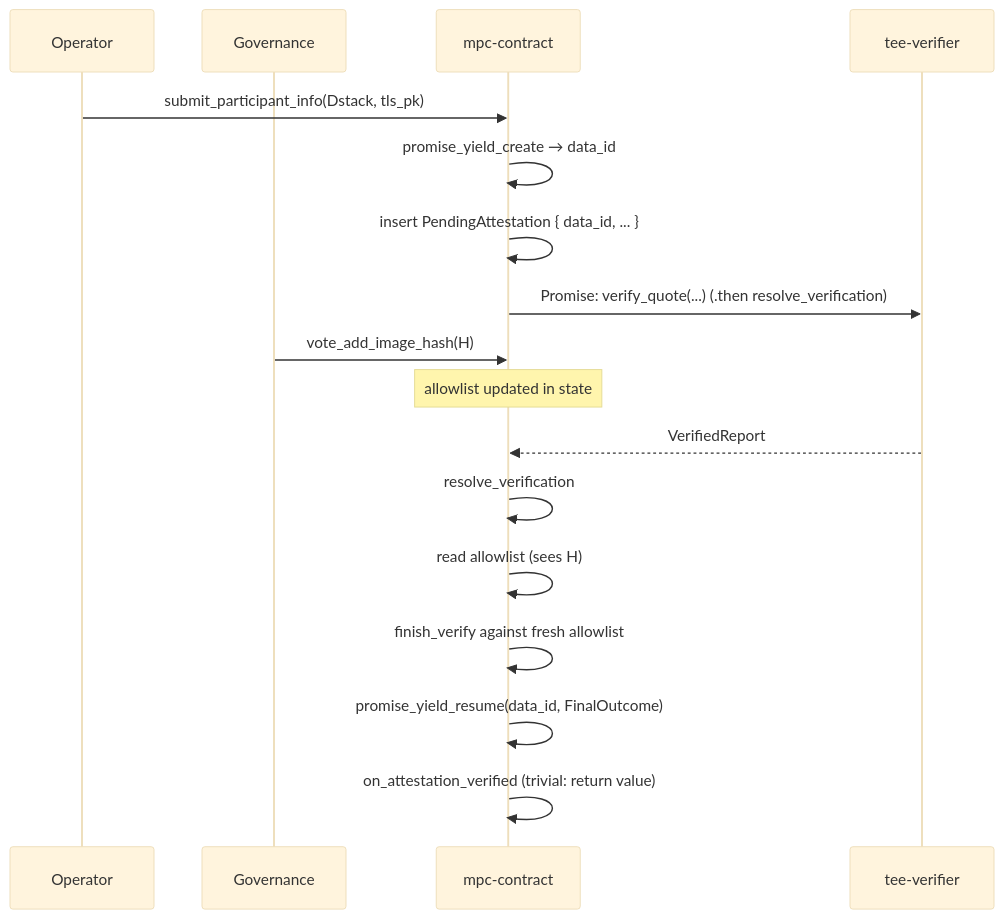
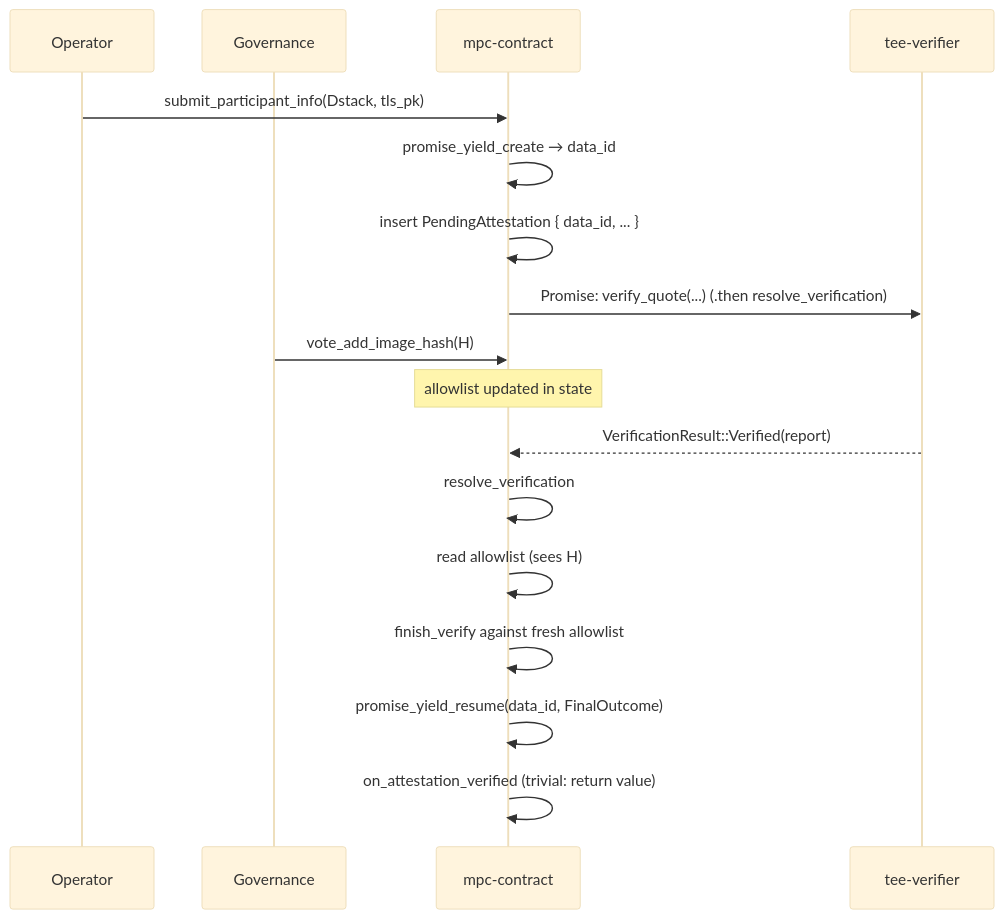
Before and after one commit to near/mpc: the fourth of 6 diagrams in docs/design/attestation-verifier-contract.md, drawn with Mermaid (base theme). The commit also changed other lines of this file and 1 other file, not shown here.

First line of the commit message:
feat(tee-verifier-interface): add VerifierError and VerificationResult

````diff
--- a/docs/design/attestation-verifier-contract.md
+++ b/docs/design/attestation-verifier-contract.md
@@ -153,22 +149,22 @@
 ```mermaid
 sequenceDiagram
     participant Op as Operator
     participant Gov as Governance
     participant MPC as mpc-contract
     participant Ver as tee-verifier
 
     Op->>MPC: submit_participant_info(Dstack, tls_pk)
     MPC->>MPC: promise_yield_create → data_id
     MPC->>MPC: insert PendingAttestation { data_id, ... }
     MPC->>Ver: Promise: verify_quote(...) (.then resolve_verification)
 
     Gov->>MPC: vote_add_image_hash(H)
     Note over MPC: allowlist updated in state
 
-    Ver-->>MPC: VerifiedReport
+    Ver-->>MPC: VerificationResult::Verified(report)
     MPC->>MPC: resolve_verification
     MPC->>MPC: read allowlist (sees H)
     MPC->>MPC: finish_verify against fresh allowlist
     MPC->>MPC: promise_yield_resume(data_id, FinalOutcome)
     MPC->>MPC: on_attestation_verified (trivial: return value)
 ```
````
